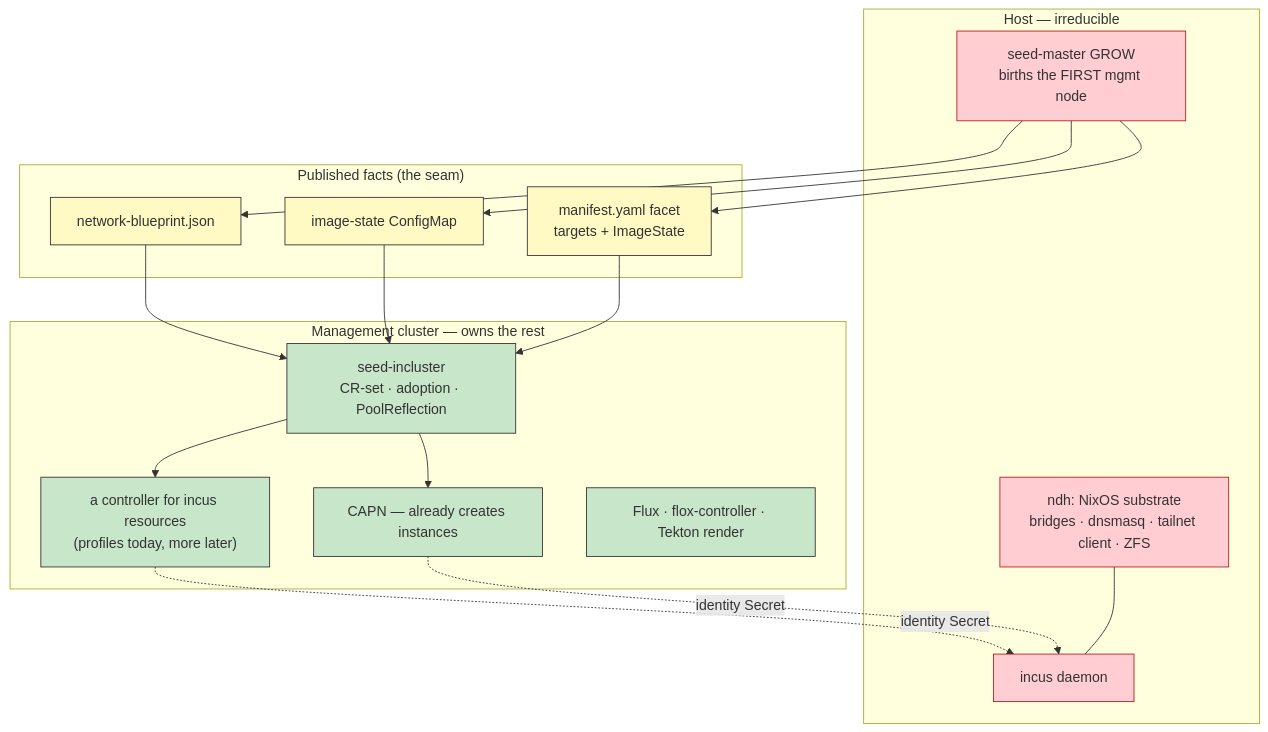
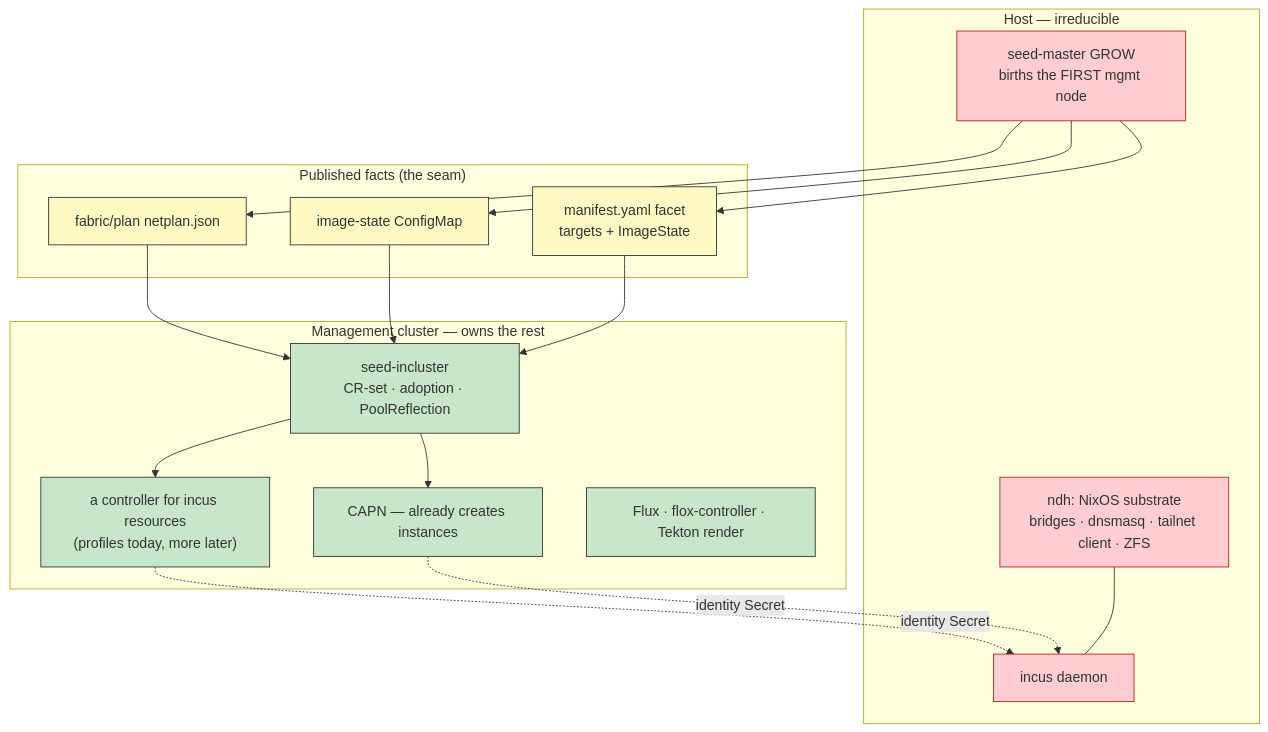
The fourth of 4 diagrams in docs/architecture/cluster-api/tailnet-cluster-reach-design.adoc (seedmatic/rke2lab), drawn with Mermaid before and after one commit. The commit also changed other lines of this file and 14 other files, not shown here.

```diff
--- a/docs/architecture/cluster-api/tailnet-cluster-reach-design.adoc
+++ b/docs/architecture/cluster-api/tailnet-cluster-reach-design.adoc
@@ -234,41 +234,41 @@
 [mermaid,reach-in-cluster-ownership,svg]
 ----
 flowchart TB
   subgraph HOST["Host — irreducible"]
     NIX["ndh: NixOS substrate<br/>bridges · dnsmasq · tailnet client · ZFS"]
     INCUS["incus daemon"]
     GROW["seed-master GROW<br/>births the FIRST mgmt node"]
   end
 
   subgraph SEED["Published facts (the seam)"]
-    BP["network-blueprint.json"]
+    BP["fabric/plan netplan.json"]
     IMG["image-state ConfigMap"]
     FACET["manifest.yaml facet<br/>targets + ImageState"]
   end
 
   subgraph CLUSTER["Management cluster — owns the rest"]
     SI["seed-incluster<br/>CR-set · adoption · PoolReflection"]
     NEW["a controller for incus resources<br/>(profiles today, more later)"]
     CAPN["CAPN — already creates instances"]
     FLUX["Flux · flox-controller · Tekton render"]
   end
 
   GROW --> BP
   GROW --> IMG
   GROW --> FACET
   BP --> SI
   IMG --> SI
   FACET --> SI
   SI --> NEW
   NEW -.->|"identity Secret"| INCUS
   SI --> CAPN
   CAPN -.->|"identity Secret"| INCUS
   NIX --- INCUS
 
   classDef host fill:#FFCDD2,stroke:#B71C1C
   classDef seam fill:#FFF9C4,stroke:#333
   classDef incl fill:#C8E6C9,stroke:#333
   class NIX,INCUS,GROW host
   class BP,IMG,FACET seam
   class SI,NEW,CAPN,FLUX incl
 ----
```
